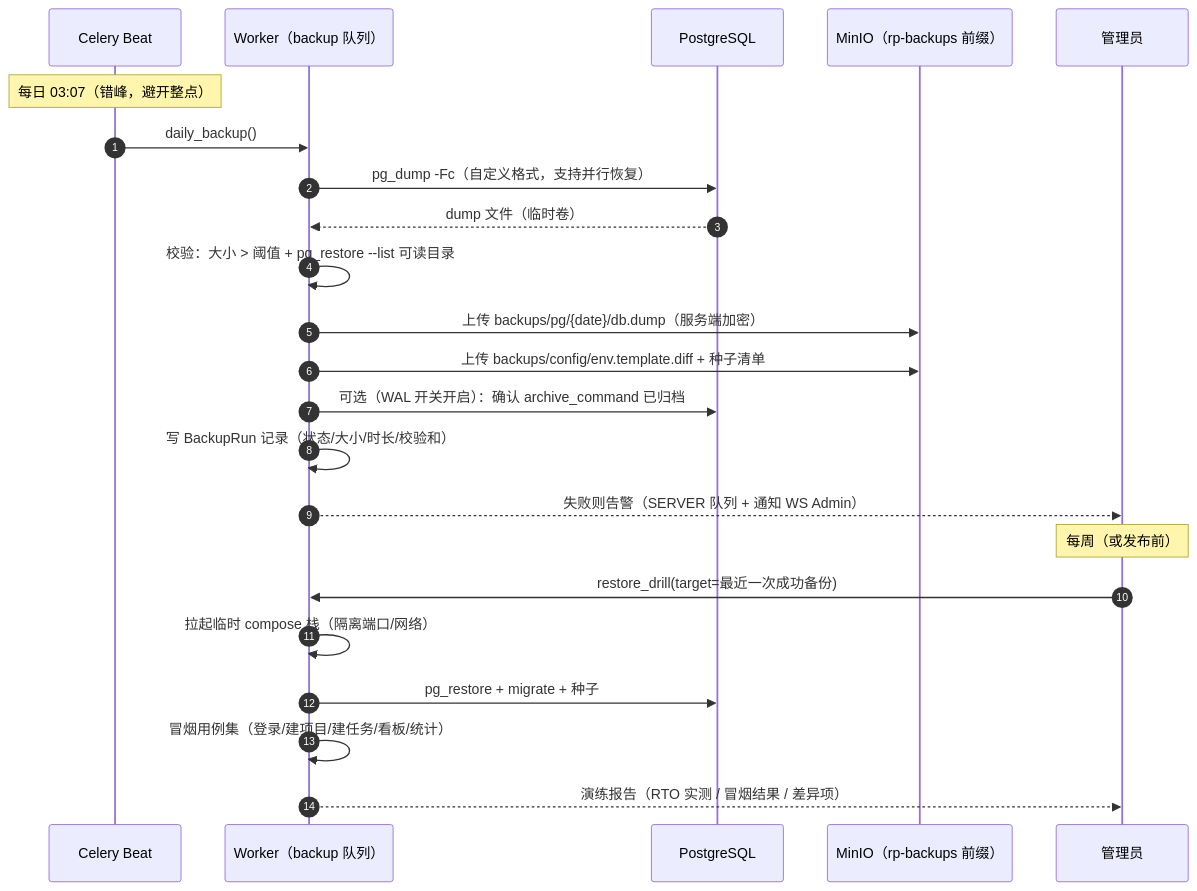
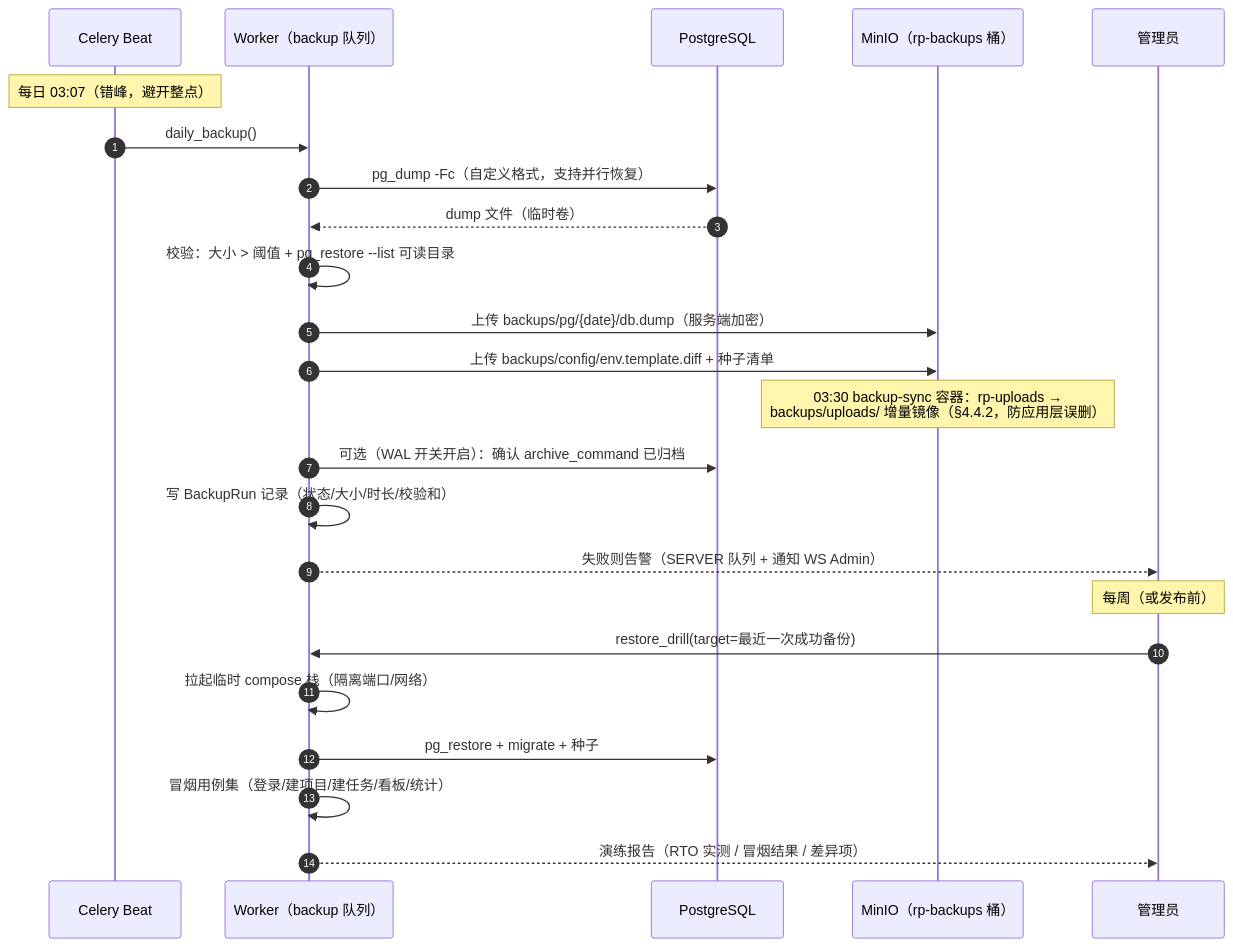
The second of 2 diagrams in docs/sprint-6-stabilize/INFRA-005-rate-limit-backup.md (RabbitAI-Lab/RabbitProjects), drawn with Mermaid before and after one commit. The commit also changed other lines of this file and 3 other files, not shown here.

````diff
--- a/docs/sprint-6-stabilize/INFRA-005-rate-limit-backup.md
+++ b/docs/sprint-6-stabilize/INFRA-005-rate-limit-backup.md
@@ -153,26 +157,27 @@
 ```mermaid
 sequenceDiagram
     autonumber
     participant BEAT as Celery Beat
     participant WK as Worker（backup 队列）
     participant PG as PostgreSQL
-    participant S3 as MinIO（rp-backups 前缀）
+    participant S3 as MinIO（rp-backups 桶）
     participant ADM as 管理员
 
     Note over BEAT: 每日 03:07（错峰，避开整点）
     BEAT->>WK: daily_backup()
     WK->>PG: pg_dump -Fc（自定义格式，支持并行恢复）
     PG-->>WK: dump 文件（临时卷）
     WK->>WK: 校验：大小 > 阈值 + pg_restore --list 可读目录
     WK->>S3: 上传 backups/pg/{date}/db.dump（服务端加密）
     WK->>S3: 上传 backups/config/env.template.diff + 种子清单
+    Note over S3: 03:30 backup-sync 容器：rp-uploads →<br/>backups/uploads/ 增量镜像（§4.4.2，防应用层误删）
     WK->>PG: 可选（WAL 开关开启）：确认 archive_command 已归档
     WK->>WK: 写 BackupRun 记录（状态/大小/时长/校验和）
     WK-->>ADM: 失败则告警（SERVER 队列 + 通知 WS Admin）
     Note over ADM: 每周（或发布前）
     ADM->>WK: restore_drill(target=最近一次成功备份)
     WK->>WK: 拉起临时 compose 栈（隔离端口/网络）
     WK->>PG: pg_restore + migrate + 种子
     WK->>WK: 冒烟用例集（登录/建项目/建任务/看板/统计）
     WK-->>ADM: 演练报告（RTO 实测 / 冒烟结果 / 差异项）
 ```
````
